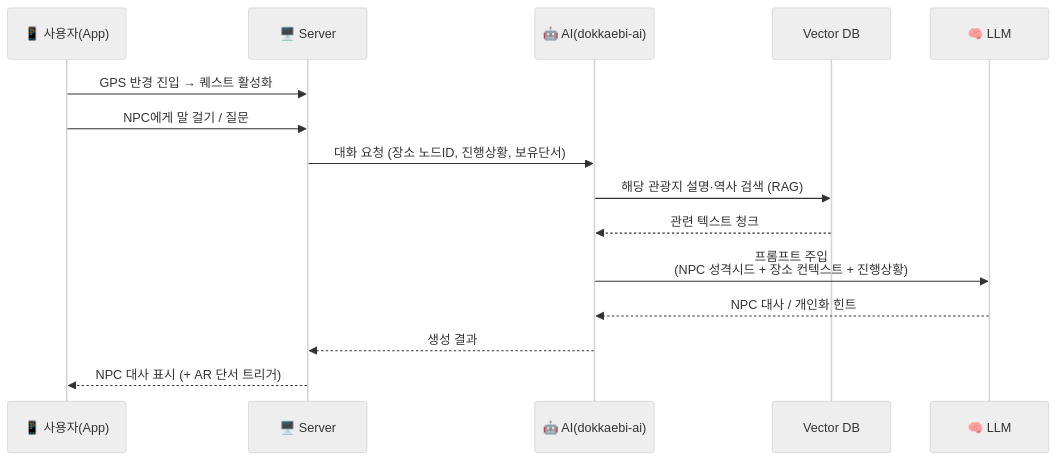
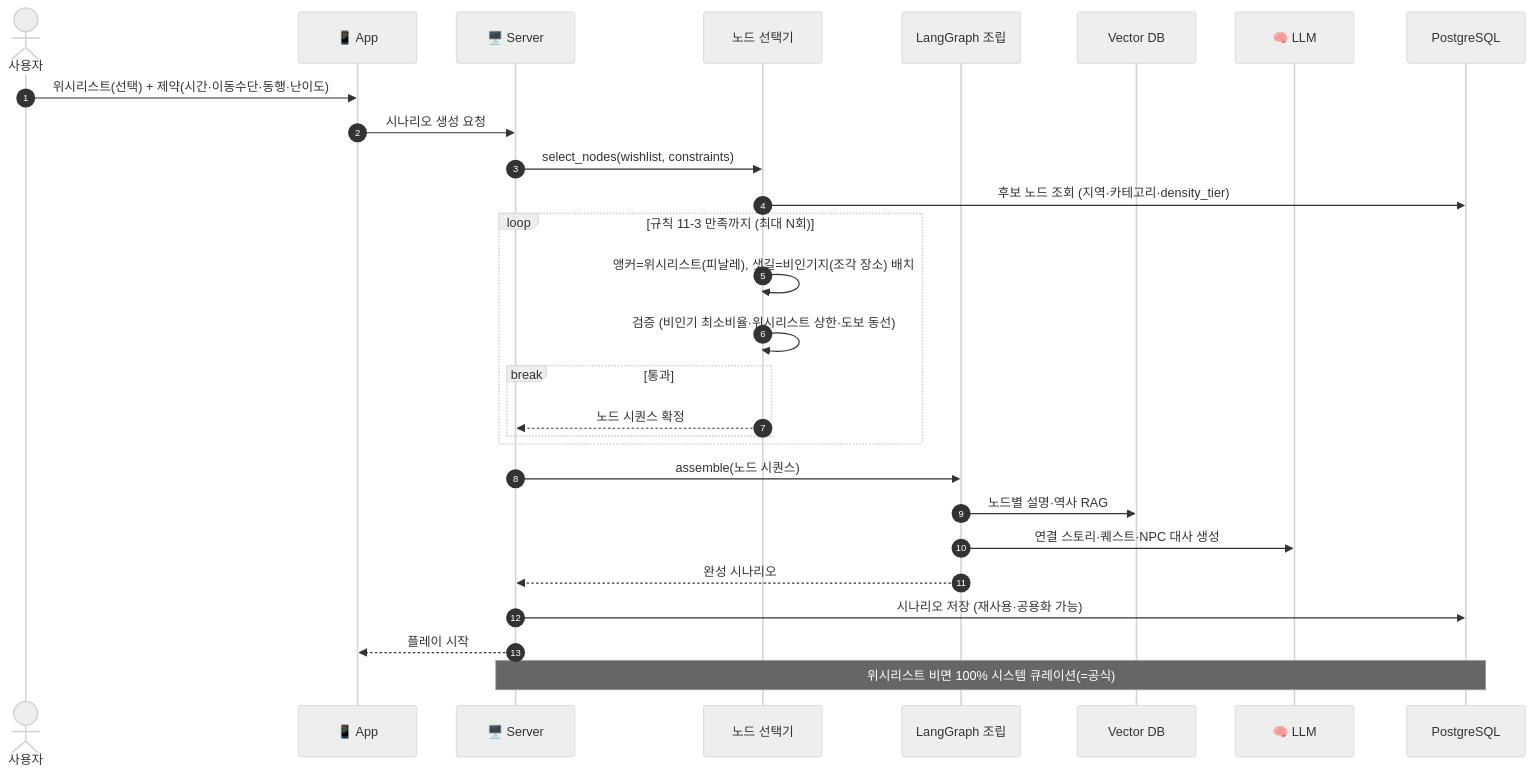
One commit to 2026-genai-ar-tourism-data-rpg/.github changed the seventh of 12 diagrams in report/아키텍처_파이프라인.md. Above: the diagram before and after it, drawn with Mermaid (neutral theme). The commit also changed other lines of this file and 2 other files, not shown here.

Commit message:
docs: 정본 정합성 반영 (LangGraph·지역 인메모리·배포모델·큐 전략·용어 통일)

````diff
--- a/report/아키텍처_파이프라인.md
+++ b/report/아키텍처_파이프라인.md
@@ -135,18 +345,31 @@
 ```mermaid
 sequenceDiagram
-    participant U as 📱 사용자(App)
+    autonumber
+    actor U as 사용자
+    participant App as 📱 App
     participant S as 🖥️ Server
-    participant A as 🤖 AI(dokkaebi-ai)
+    participant SEL as 노드 선택기
+    participant G as LangGraph 조립
     participant V as Vector DB
     participant L as 🧠 LLM
+    participant DB as PostgreSQL
 
-    U->>S: GPS 반경 진입 → 퀘스트 활성화
-    U->>S: NPC에게 말 걸기 / 질문
-    S->>A: 대화 요청 (장소 노드ID, 진행상황, 보유단서)
-    A->>V: 해당 관광지 설명·역사 검색 (RAG)
-    V-->>A: 관련 텍스트 청크
-    A->>L: 프롬프트 주입<br/>(NPC 성격시드 + 장소 컨텍스트 + 진행상황)
-    L-->>A: NPC 대사 / 개인화 힌트
-    A-->>S: 생성 결과
-    S-->>U: NPC 대사 표시 (+ AR 단서 트리거)
+    U->>App: 위시리스트(선택) + 제약(시간·이동수단·동행·난이도)
+    App->>S: 시나리오 생성 요청
+    S->>SEL: select_nodes(wishlist, constraints)
+    SEL->>DB: 후보 노드 조회 (지역·카테고리·density_tier)
+    loop 규칙 11-3 만족까지 (최대 N회)
+        SEL->>SEL: 앵커=위시리스트(피날레), 샛길=비인기지(조각 장소) 배치
+        SEL->>SEL: 검증 (비인기 최소비율·위시리스트 상한·도보 동선)
+        break 통과
+            SEL-->>S: 노드 시퀀스 확정
+        end
+    end
+    S->>G: assemble(노드 시퀀스)
+    G->>V: 노드별 설명·역사 RAG
+    G->>L: 연결 스토리·퀘스트·NPC 대사 생성
+    G-->>S: 완성 시나리오
+    S->>DB: 시나리오 저장 (재사용·공용화 가능)
+    S-->>App: 플레이 시작
+    Note over S,DB: 위시리스트 비면 100% 시스템 큐레이션(=공식)
 ```
````
